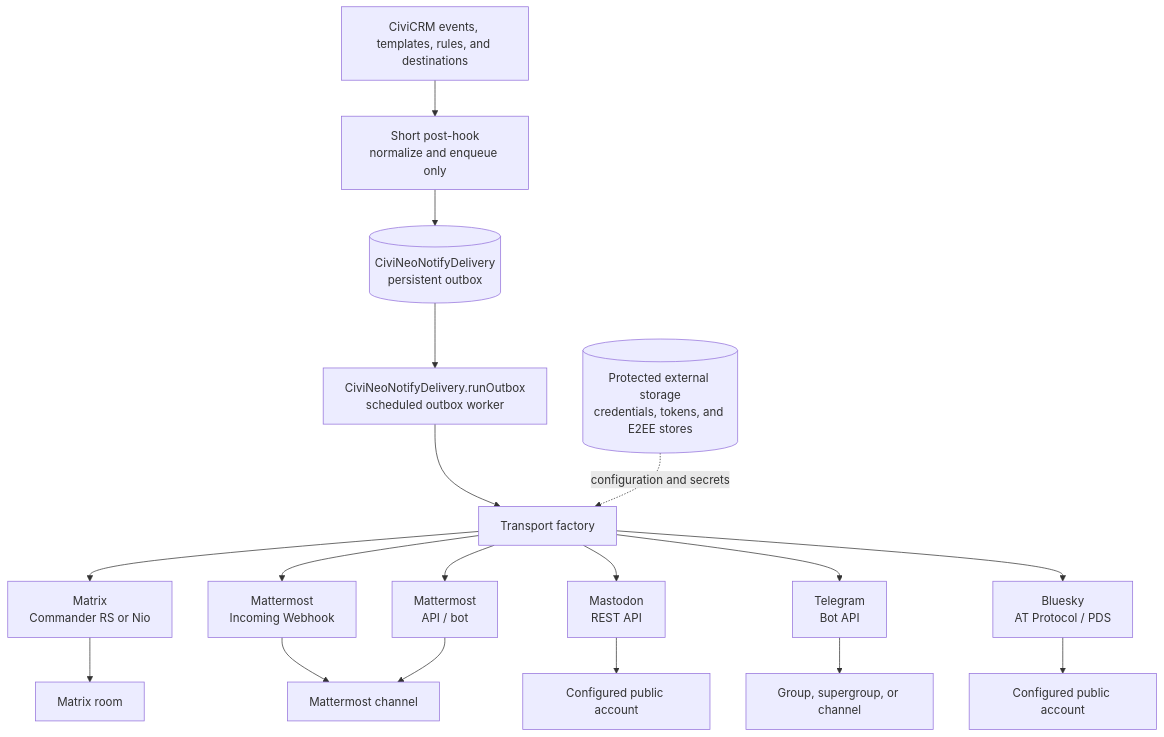
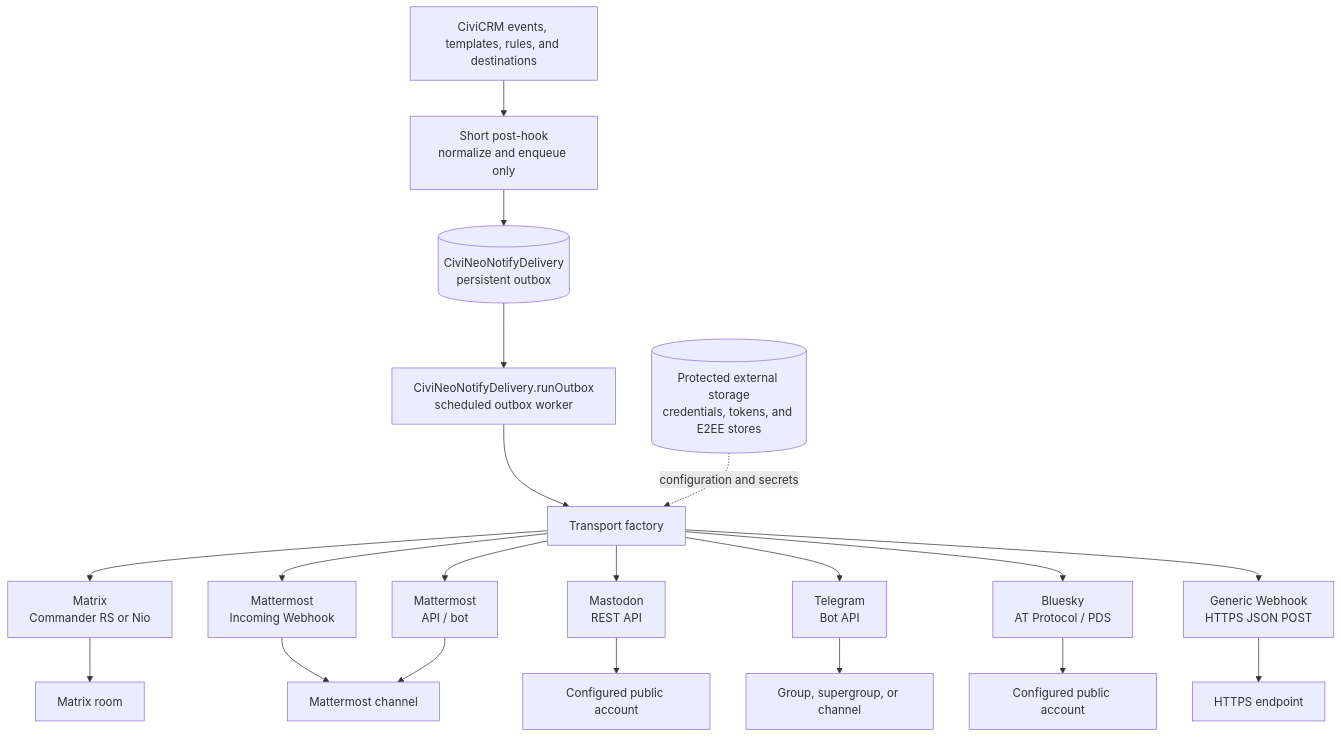
Before and after one commit to polbeo-de/civineonotify: the diagram in docs/architecture.md, drawn with Mermaid. The commit also changed 13 other files, not shown here.

Commit message:
Add generic webhook transport

````diff
--- a/docs/architecture.md
+++ b/docs/architecture.md
@@ -9,26 +9,28 @@
 ```mermaid
 flowchart TB
   Civi[CiviCRM events, templates, rules, and destinations]
   Hook[Short post-hook<br/>normalize and enqueue only]
   Outbox[(CiviNeoNotifyDelivery<br/>persistent outbox)]
   Job[CiviNeoNotifyDelivery.runOutbox<br/>scheduled outbox worker]
   Factory[Transport factory]
   Store[(Protected external storage<br/>credentials, tokens, and E2EE stores)]
 
   Civi --> Hook --> Outbox --> Job --> Factory
   Store -. configuration and secrets .-> Factory
 
   Factory --> Matrix[Matrix<br/>Commander RS or Nio]
   Factory --> MMWebhook[Mattermost<br/>Incoming Webhook]
   Factory --> MMApi[Mattermost<br/>API / bot]
   Factory --> Mastodon[Mastodon<br/>REST API]
   Factory --> Telegram[Telegram<br/>Bot API]
   Factory --> Bluesky[Bluesky<br/>AT Protocol / PDS]
+  Factory --> Webhook[Generic Webhook<br/>HTTPS JSON POST]
 
   Matrix --> MatrixTarget[Matrix room]
   MMWebhook --> MMTarget[Mattermost channel]
   MMApi --> MMTarget
   Mastodon --> MastodonTarget[Configured public account]
   Telegram --> TelegramTarget[Group, supergroup, or channel]
   Bluesky --> BlueskyTarget[Configured public account]
+  Webhook --> WebhookTarget[HTTPS endpoint]
 ```
````
